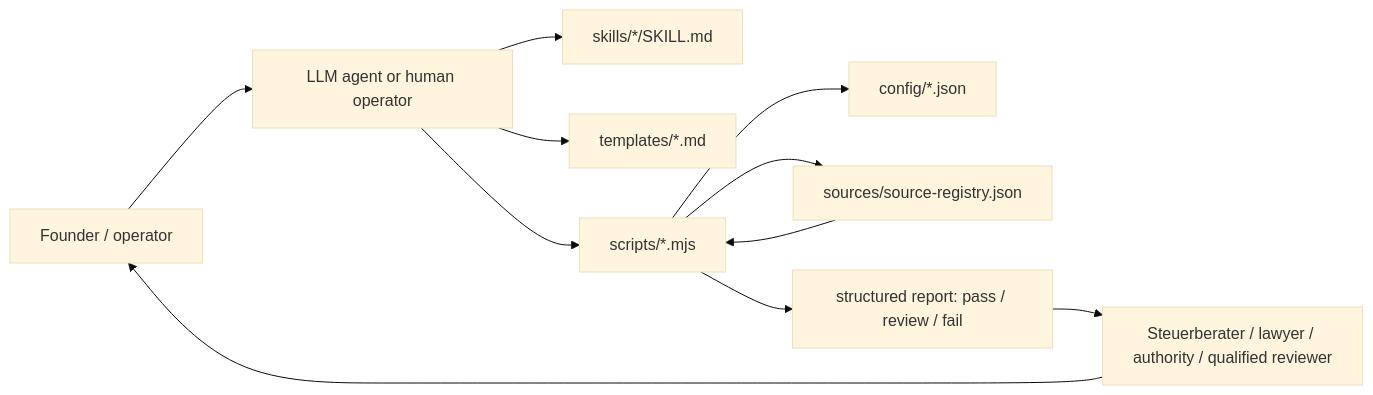
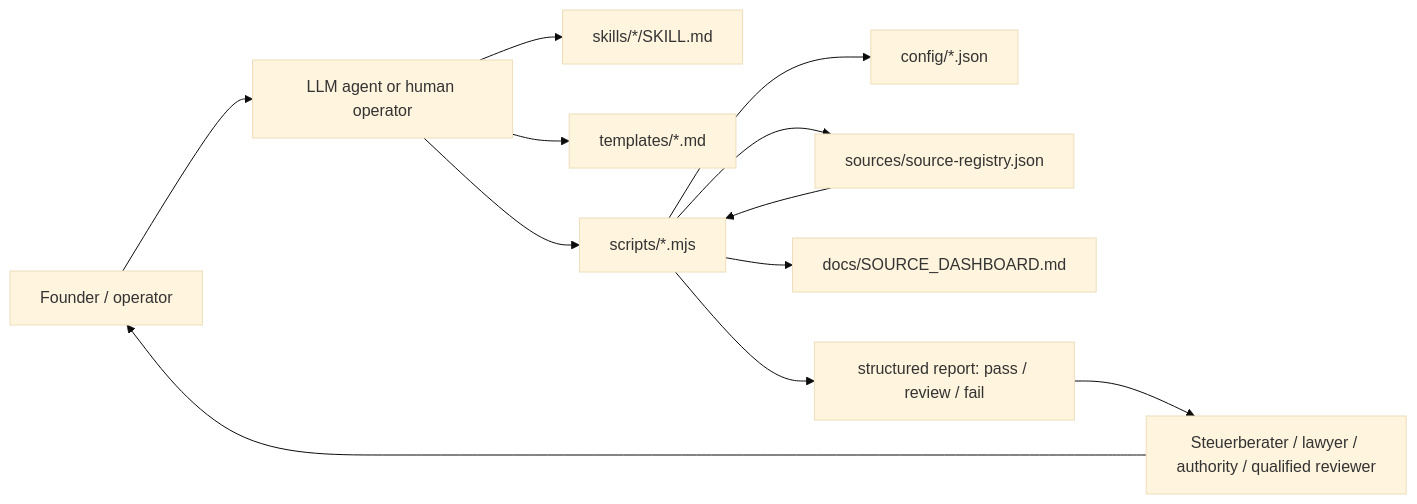
One commit to indradeepdas/Berlin-Tax changed the first of 3 diagrams in ARCHITECTURE.md. Above: the diagram before and after it, drawn with Mermaid (base theme). The commit also changed other lines of this file and 11 other files, not shown here.

````diff
--- a/ARCHITECTURE.md
+++ b/ARCHITECTURE.md
@@ -9,13 +16,14 @@
 ```mermaid
 flowchart LR
   User["Founder / operator"] --> Agent["LLM agent or human operator"]
   Agent --> Skills["skills/*/SKILL.md"]
   Agent --> Templates["templates/*.md"]
   Agent --> Scripts["scripts/*.mjs"]
   Scripts --> Config["config/*.json"]
   Scripts --> Sources["sources/source-registry.json"]
+  Scripts --> Dashboard["docs/SOURCE_DASHBOARD.md"]
   Sources --> Scripts
   Scripts --> Report["structured report: pass / review / fail"]
   Report --> Reviewer["Steuerberater / lawyer / authority / qualified reviewer"]
   Reviewer --> User
 ```
````
